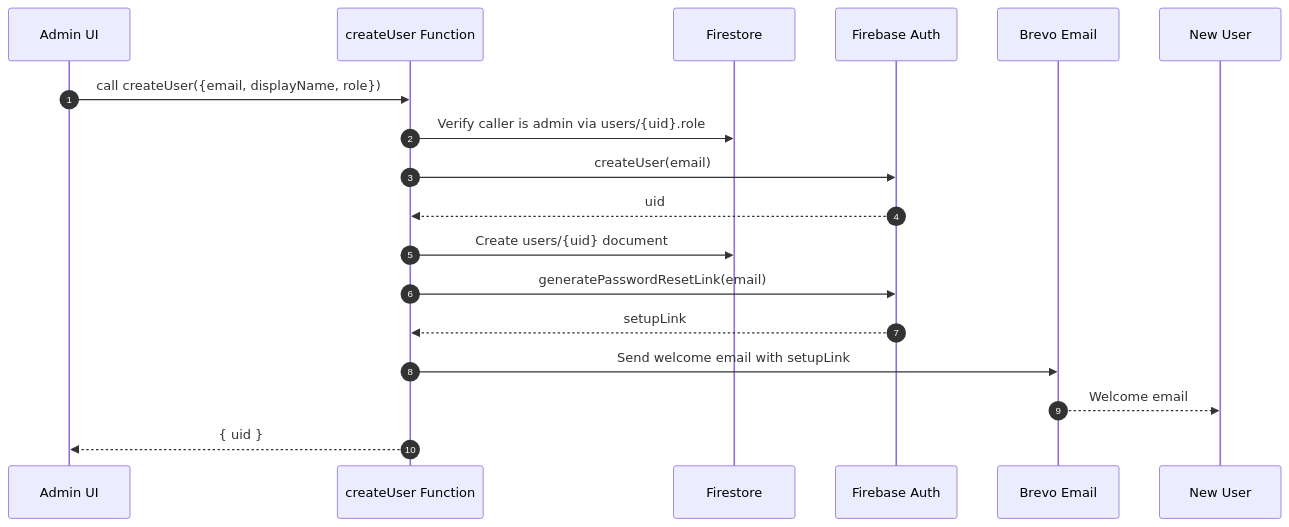
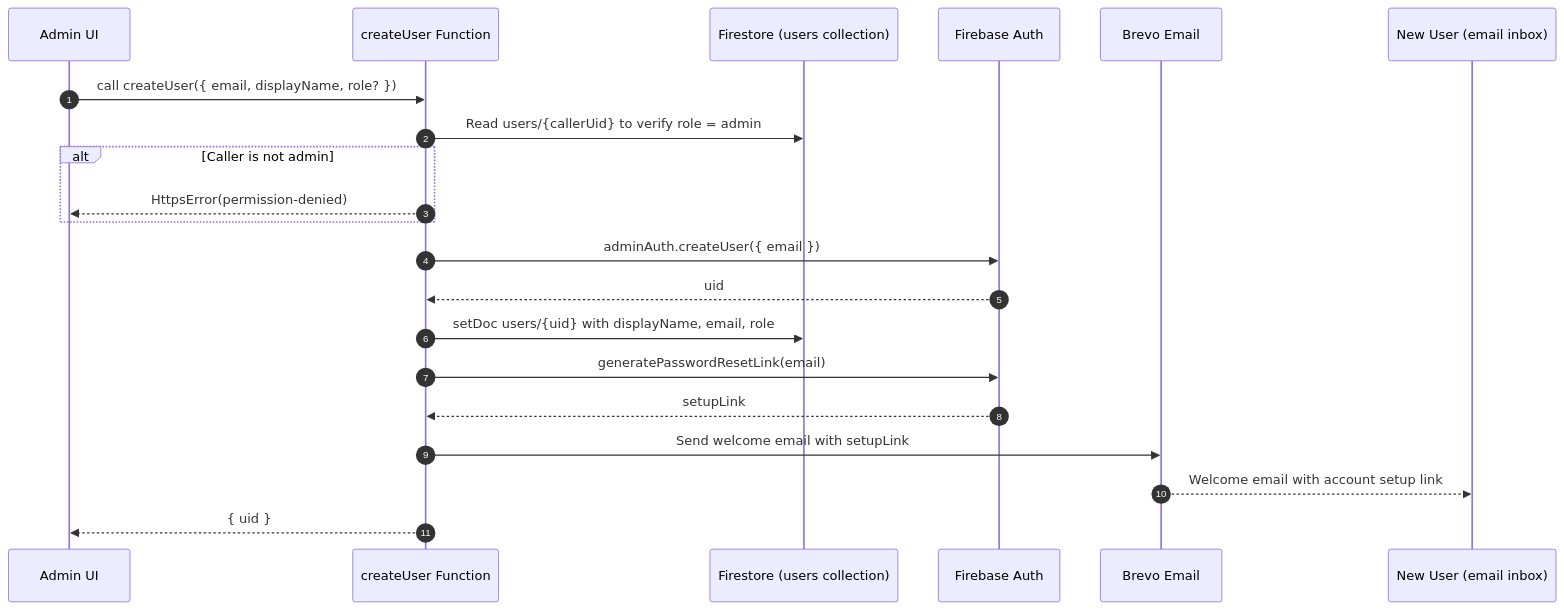
Before and after one commit to Oweeboi011/mms-open-climbs: the fourth of 6 diagrams in docs/API.md, drawn with Mermaid. The commit also changed other lines of this file and 16 other files, not shown here.

````diff
--- a/docs/API.md
+++ b/docs/API.md
@@ -71,21 +182,24 @@
 ```mermaid
 sequenceDiagram
     autonumber
     participant AD as Admin UI
     participant CF as createUser Function
-    participant FS as Firestore
+    participant FS as Firestore (users collection)
     participant FA as Firebase Auth
     participant EM as Brevo Email
-    participant U as New User
+    participant U as New User (email inbox)
 
-    AD->>CF: call createUser({email, displayName, role})
-    CF->>FS: Verify caller is admin via users/{uid}.role
-    CF->>FA: createUser(email)
+    AD->>CF: call createUser({ email, displayName, role? })
+    CF->>FS: Read users/{callerUid} to verify role = admin
+    alt Caller is not admin
+        CF-->>AD: HttpsError(permission-denied)
+    end
+    CF->>FA: adminAuth.createUser({ email })
     FA-->>CF: uid
-    CF->>FS: Create users/{uid} document
+    CF->>FS: setDoc users/{uid} with displayName, email, role
     CF->>FA: generatePasswordResetLink(email)
     FA-->>CF: setupLink
     CF->>EM: Send welcome email with setupLink
-    EM-->>U: Welcome email
+    EM-->>U: Welcome email with account setup link
     CF-->>AD: { uid }
 ```
````
